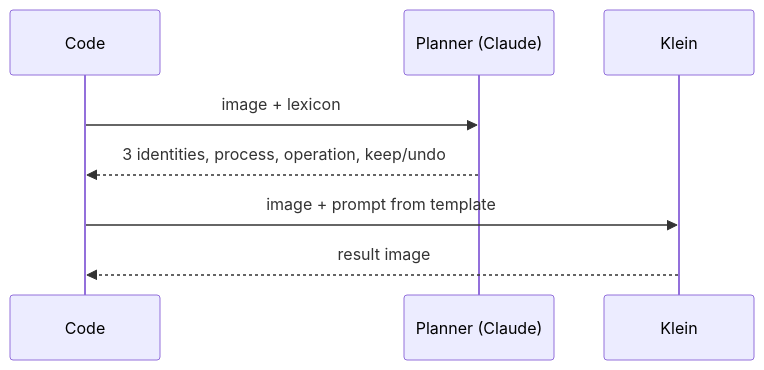
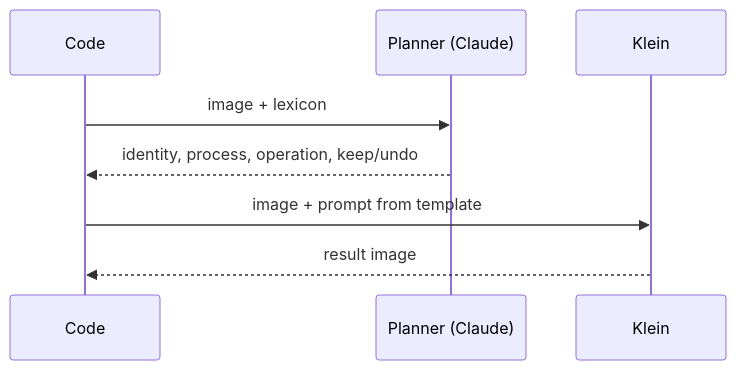
Before and after one commit to rbatra2000/backslash_art: the second of 5 diagrams in docs/architecture.md, drawn with Mermaid. The commit also changed other lines of this file and 4 other files, not shown here.

````diff
--- a/docs/architecture.md
+++ b/docs/architecture.md
@@ -19,10 +19,10 @@
 ```mermaid
 sequenceDiagram
     participant C as Code
     participant P as Planner (Claude)
     participant K as Klein
     C->>P: image + lexicon
-    P-->>C: 3 identities, process, operation, keep/undo
+    P-->>C: identity, process, operation, keep/undo
     C->>K: image + prompt from template
     K-->>C: result image
 ```
````
